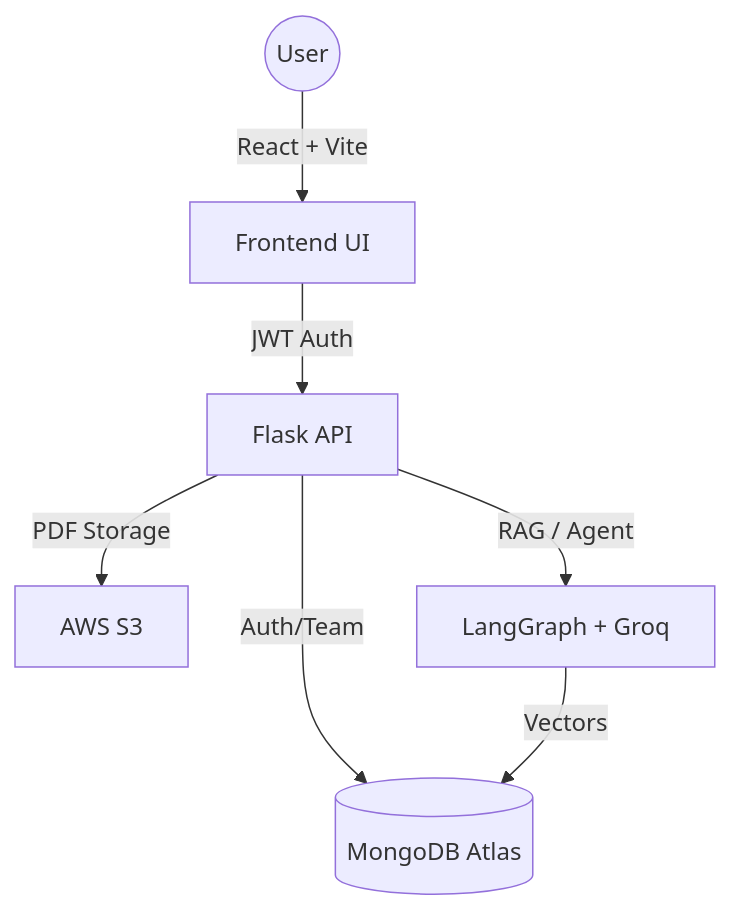
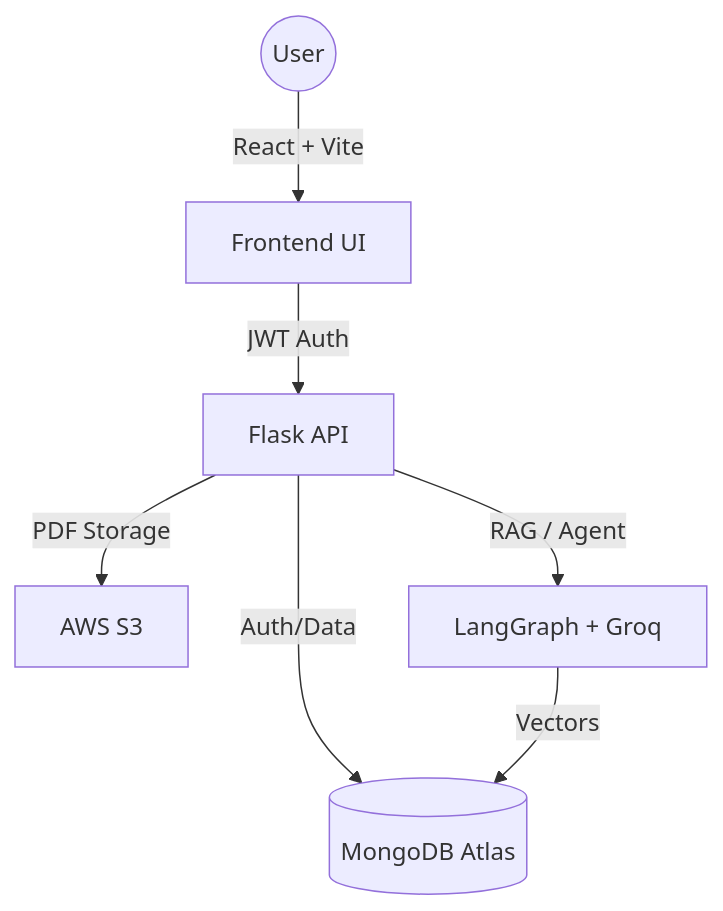
The diagram in README.md (Pritii-9/DocMind-AI-Intelligent-Document-Analysis-Quiz-Studio), drawn with Mermaid before and after one commit. The commit also changed other lines of this file, not shown here.

````diff
--- a/README.md
+++ b/README.md
@@ -78,9 +78,9 @@
 ```mermaid
 graph TD
     User((User)) -->|React + Vite| Frontend[Frontend UI]
     Frontend -->|JWT Auth| Backend[Flask API]
-    Backend -->|Auth/Team| DB[(MongoDB Atlas)]
+    Backend -->|Auth/Data| DB[(MongoDB Atlas)]
     Backend -->|PDF Storage| S3[AWS S3]
     Backend -->|RAG / Agent| AI[LangGraph + Groq]
     AI -->|Vectors| DB
 ```
````
